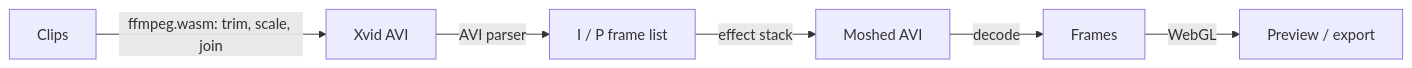
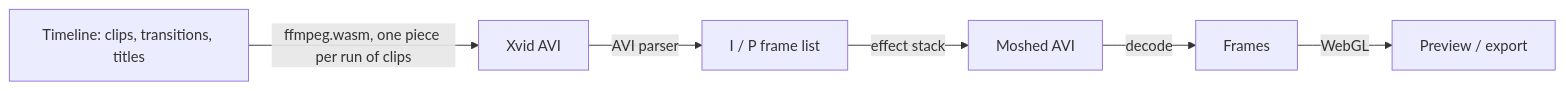
One commit to furniture3k/Video-Datamosher changed the diagram in README.md. Above: the diagram before and after it, drawn with Mermaid. The commit also changed other lines of this file and 14 other files, not shown here.

````diff
--- a/README.md
+++ b/README.md
@@ -83,8 +95,8 @@
 ```mermaid
 flowchart LR
-  A[Clips] -->|ffmpeg.wasm: trim, scale, join| B[Xvid AVI]
+  T[Timeline: clips, transitions, titles] -->|ffmpeg.wasm, one piece per run of clips| B[Xvid AVI]
   B -->|AVI parser| C[I / P frame list]
   C -->|effect stack| D[Moshed AVI]
   D -->|decode| E[Frames]
   E -->|WebGL| F[Preview / export]
 ```
````
